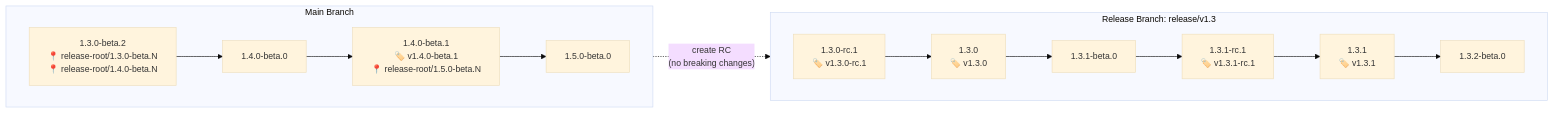
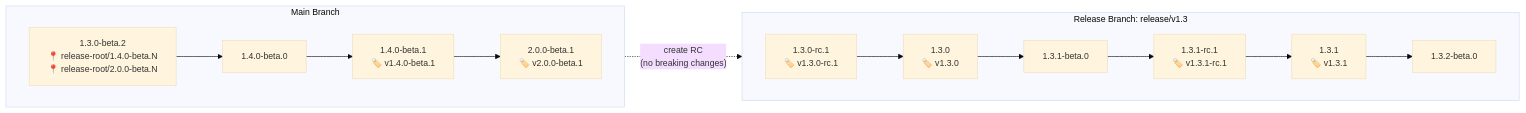
Before and after one commit to lancedb/lance: the second of 2 diagrams in release_process.md, drawn with Mermaid. The commit also changed other lines of this file, not shown here.

Commit message:
docs: fix version flow to show realistic breaking change scenario
- Remove unnecessary release-root/1.3.0-beta.N from M0
- Change 1.5.0-beta.0 to 2.0.0-beta.1 (breaking changes scenario)
- Show both release-root/1.4.0-beta.N and release-root/2.0.0-beta.N on M0 (same commit)
- Update explanation to clarify both tags point to same commit

````diff
--- a/release_process.md
+++ b/release_process.md
@@ -92,21 +92,21 @@
 ```mermaid
 %%{init: {'theme':'base', 'themeVariables': { 'fontSize':'14px'}}}%%
 flowchart LR
     subgraph main["Main Branch"]
         direction LR
-        M0["1.3.0-beta.2<br/>📍 release-root/1.3.0-beta.N<br/>📍 release-root/1.4.0-beta.N"] --> M1["1.4.0-beta.0"]
-        M1 --> M2["1.4.0-beta.1<br/>🏷️ v1.4.0-beta.1<br/>📍 release-root/1.5.0-beta.N"]
-        M2 --> M3["1.5.0-beta.0"]
+        M0["1.3.0-beta.2<br/>📍 release-root/1.4.0-beta.N<br/>📍 release-root/2.0.0-beta.N"] --> M1["1.4.0-beta.0"]
+        M1 --> M2["1.4.0-beta.1<br/>🏷️ v1.4.0-beta.1"]
+        M2 --> M3["2.0.0-beta.1<br/>🏷️ v2.0.0-beta.1"]
     end
 
     subgraph release["Release Branch: release/v1.3"]
         direction LR
         R1["1.3.0-rc.1<br/>🏷️ v1.3.0-rc.1"] --> R2["1.3.0<br/>🏷️ v1.3.0"]
         R2 --> R3["1.3.1-beta.0"]
         R3 --> R4["1.3.1-rc.1<br/>🏷️ v1.3.1-rc.1"]
         R4 --> R5["1.3.1<br/>🏷️ v1.3.1"]
         R5 --> R6["1.3.2-beta.0"]
     end
 
     M0 -.->|"create RC<br/>(no breaking changes)"| R1
 ```
````
